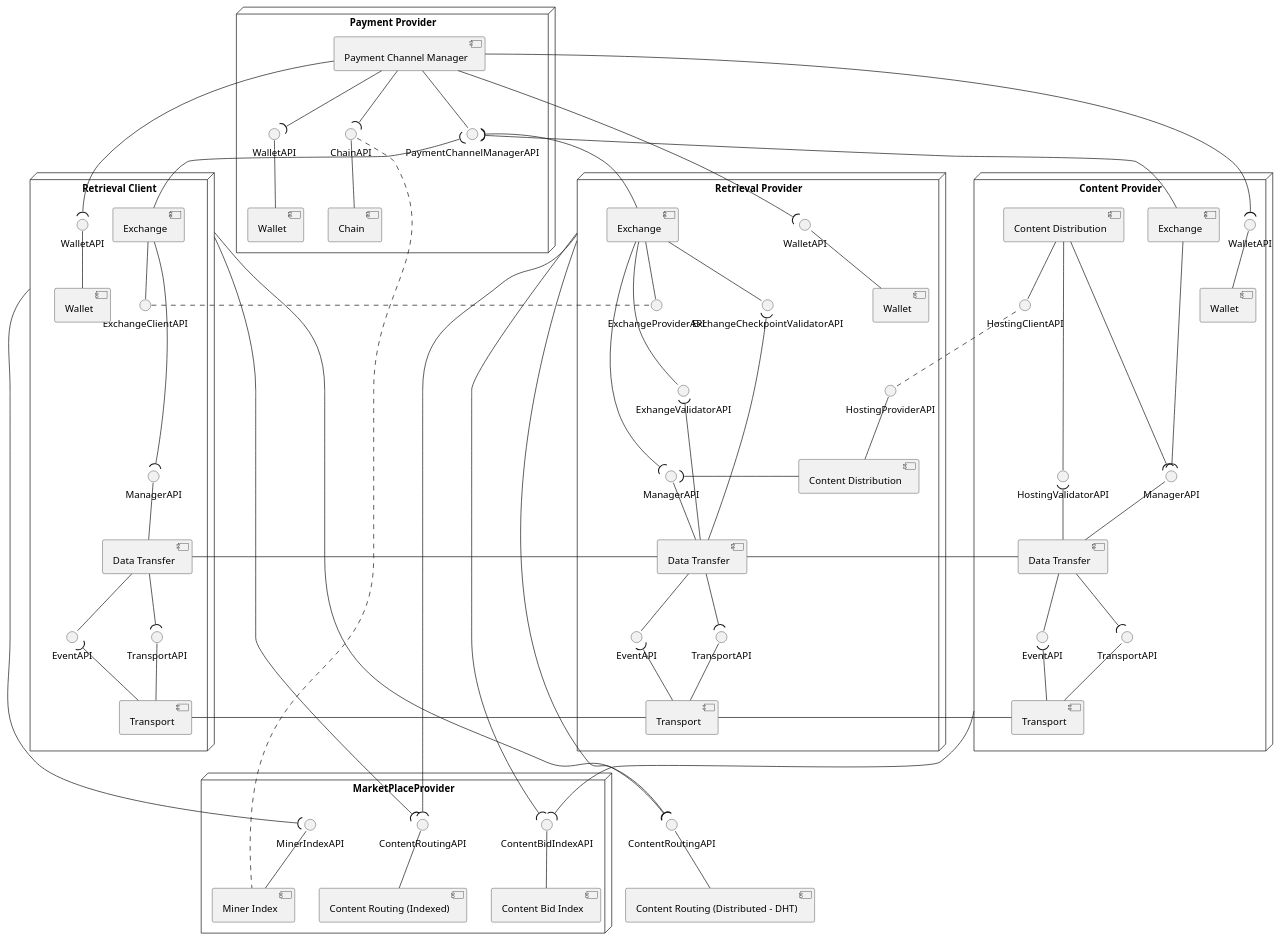
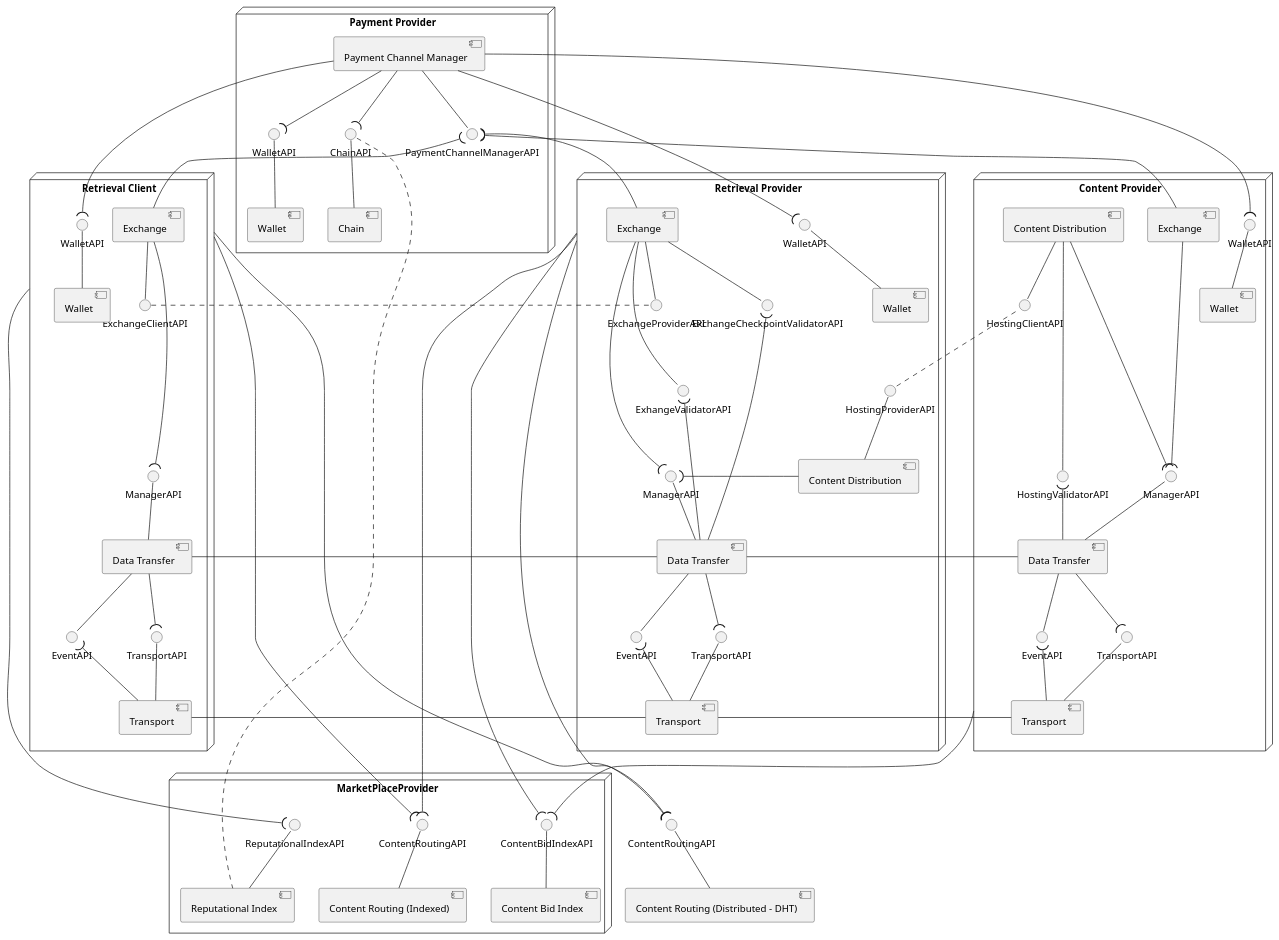
The diagram in docs/architecture.md (filecoin-project/retrieval-market-spec), drawn with PlantUML before and after one commit. The commit also changed 9 other files, not shown here.

First line of the commit message:
refactor(reputationalindex): rename miner index

```diff
--- a/docs/architecture.md
+++ b/docs/architecture.md
@@ -111,13 +111,13 @@
   PaymentChannelManagerAPI -up- [Payment Channel Manager]
 }
 node "MarketPlaceProvider" {
-  RetrievalClient -------down-( MinerIndexAPI
+  RetrievalClient -------down-( ReputationalIndexAPI
   RetrievalProvider -------down-( ContentBidIndexAPI
   ContentProvider -------down-( ContentBidIndexAPI
   RetrievalProvider -------down-( ContentRoutingAPI
   RetrievalClient -------down-( ContentRoutingAPI
-  MinerIndexAPI -- [Miner Index]
-  ChainAPI .....down. [Miner Index]
+  ReputationalIndexAPI -- [Reputational Index]
+  ChainAPI .....down. [Reputational Index]
   ContentBidIndexAPI -- [Content Bid Index]
   ContentRoutingAPI -- [Content Routing (Indexed)]
 }
```
